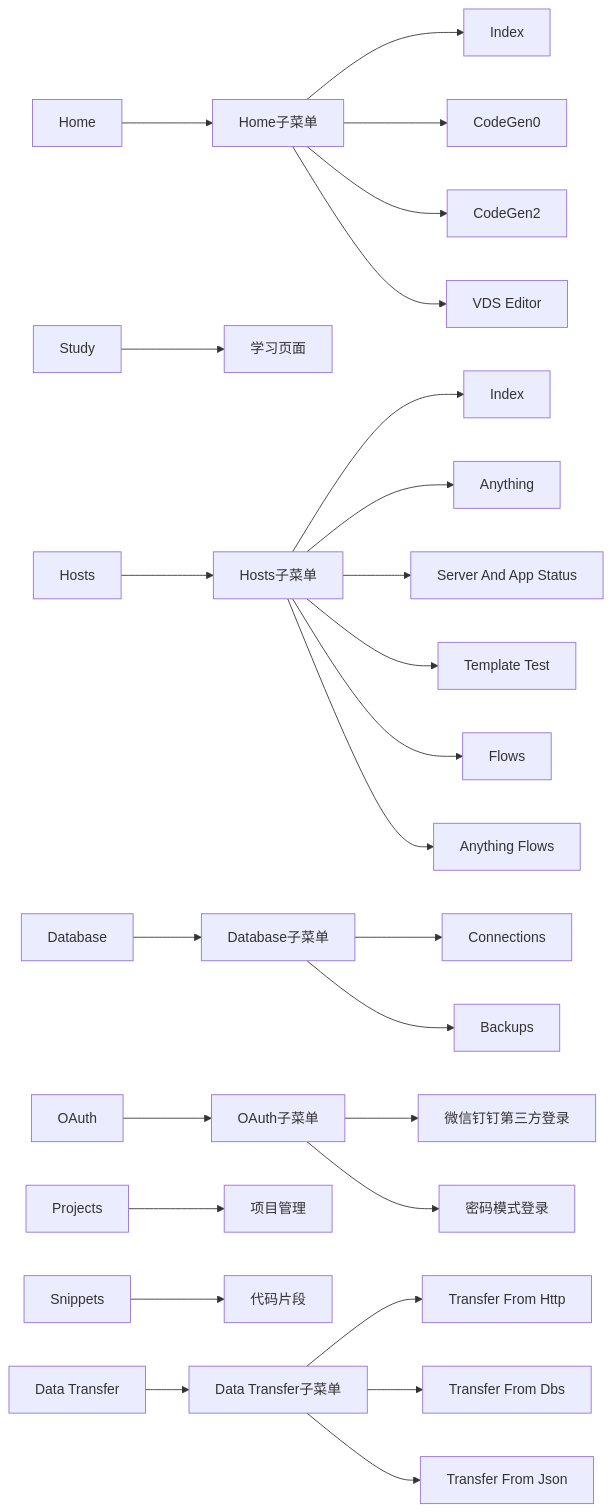
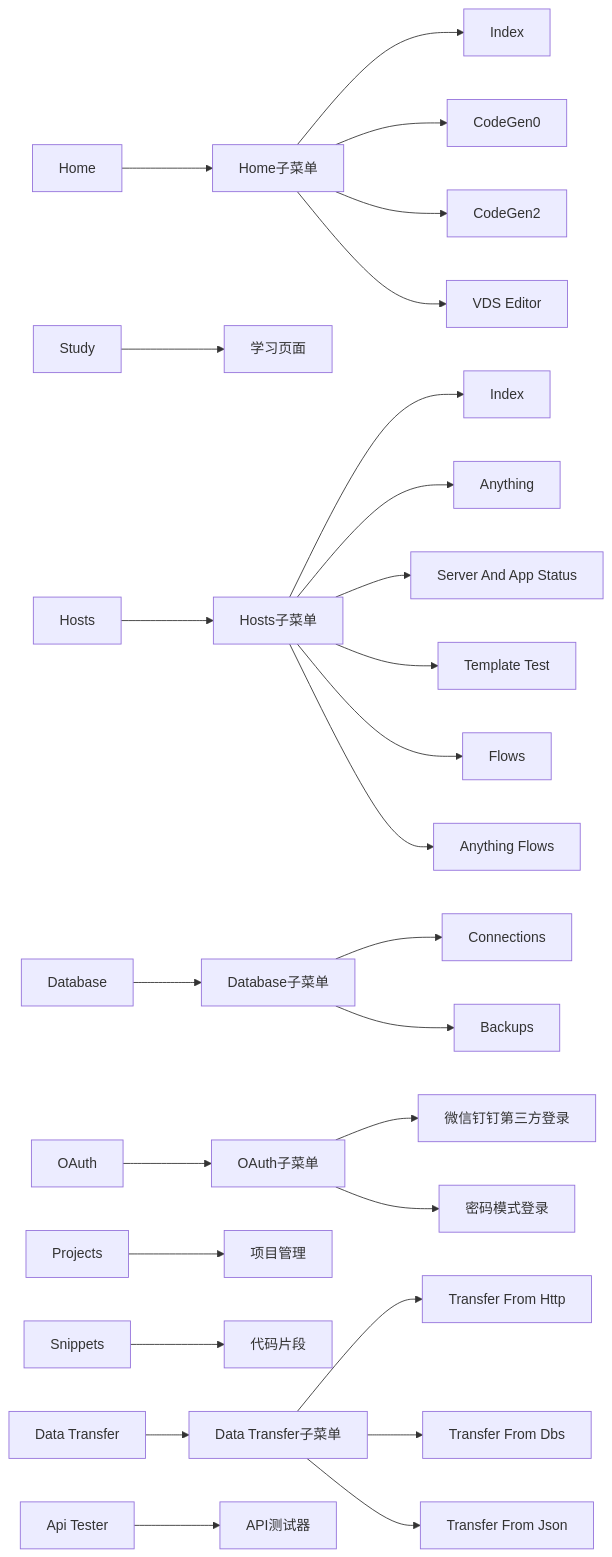
The eighth of 17 diagrams in .qoder/repowiki/zh/content/核心架构设计/布局导航系统更新.md (Sosososolong/AirGo), drawn with Mermaid before and after one commit. The commit also changed other lines of this file and 14 other files, not shown here.

````diff
--- a/.qoder/repowiki/zh/content/核心架构设计/布局导航系统更新.md
+++ b/.qoder/repowiki/zh/content/核心架构设计/布局导航系统更新.md
@@ -291,28 +302,29 @@
 ```mermaid
 flowchart LR
 Home[Home] --> HomeSub[Home子菜单]
 HomeSub --> Index[Index]
 HomeSub --> Prepare[CodeGen0]
 HomeSub --> CodeGen2[CodeGen2]
 HomeSub --> VDS[VDS Editor]
 Study[Study] --> StudyPage[学习页面]
 Hosts[Hosts] --> HostsSub[Hosts子菜单]
 HostsSub --> HostsIndex[Index]
 HostsSub --> AnythingInfos[Anything]
 HostsSub --> ServerStatus[Server And App Status]
 HostsSub --> TmplTest[Template Test]
 HostsSub --> Flows[Flows]
 HostsSub --> AnythingFlows[Anything Flows]
 Database[Database] --> DatabaseSub[Database子菜单]
 DatabaseSub --> Connections[Connections]
 DatabaseSub --> Backups[Backups]
 OAuth[OAuth] --> OAuthSub[OAuth子菜单]
 OAuthSub --> WeChat[微信钉钉第三方登录]
 OAuthSub --> Password[密码模式登录]
 Projects[Projects] --> ProjectPage[项目管理]
 Snippets[Snippets] --> SnippetPage[代码片段]
 Sync[Data Transfer] --> SyncSub[Data Transfer子菜单]
 SyncSub --> FromHttp[Transfer From Http]
 SyncSub --> FromDbs[Transfer From Dbs]
 SyncSub --> FromJson[Transfer From Json]
+ApiTester[Api Tester] --> ApiTesterPage[API测试器]
 ```
````
